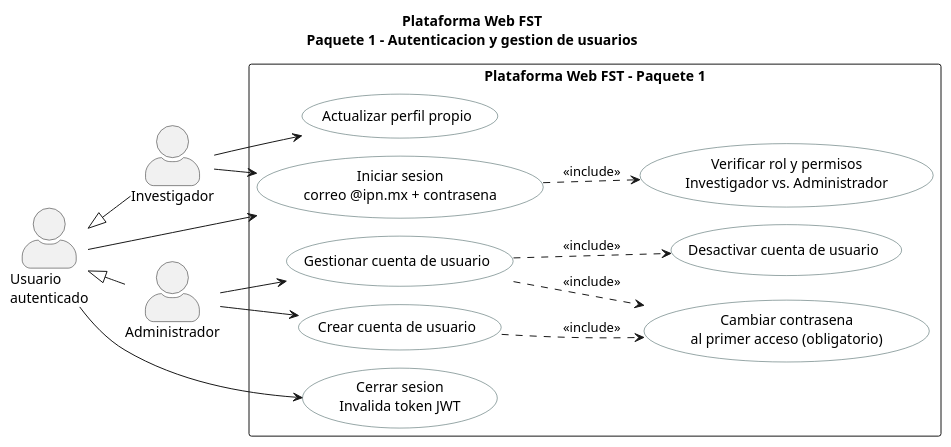
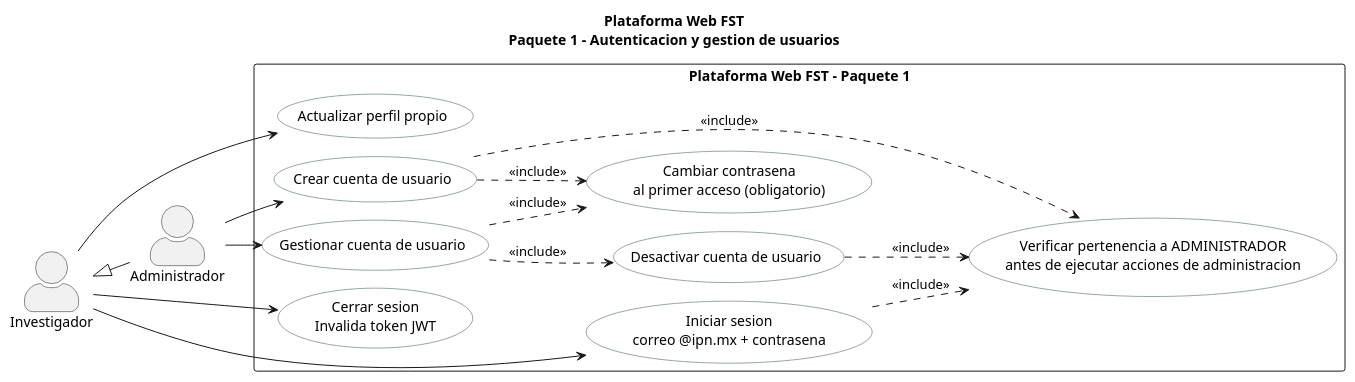
The diagram in diagramas/puml/cu_paquete1.puml (ErickJester/fst-ai-system-latex), drawn with PlantUML before and after one commit. The commit also changed 7 other files, not shown here.

First line of the commit message:
Corregir los 6 diagramas de casos de uso y sus textos contra el modelo vigente

```diff
--- a/diagramas/puml/cu_paquete1.puml
+++ b/diagramas/puml/cu_paquete1.puml
@@ -1,36 +1,35 @@
 @startuml
 !pragma layout smetana
 title Plataforma Web FST\nPaquete 1 - Autenticacion y gestion de usuarios
 left to right direction
 skinparam packageStyle rectangle
 skinparam actorStyle awesome
 skinparam usecase {
   BackgroundColor White
   BorderColor DarkSlateGray
 }
-actor "Usuario\nautenticado" as UA
 actor "Investigador" as INV
 actor "Administrador" as ADMIN
-UA <|-- INV
-UA <|-- ADMIN
+INV <|-- ADMIN
 rectangle "Plataforma Web FST - Paquete 1" {
   usecase "Iniciar sesion\ncorreo @ipn.mx + contrasena" as UC11
   usecase "Cerrar sesion\nInvalida token JWT" as UC12
-  usecase "Verificar rol y permisos\nInvestigador vs. Administrador" as UC14
+  usecase "Verificar pertenencia a ADMINISTRADOR\nantes de ejecutar acciones de administracion" as UC14
   usecase "Gestionar cuenta de usuario" as UC15
   usecase "Cambiar contrasena\nal primer acceso (obligatorio)" as UC15a
   usecase "Desactivar cuenta de usuario" as UC15b
   usecase "Actualizar perfil propio" as UC16
   usecase "Crear cuenta de usuario" as UC17
 }
-UA --> UC11
-UA --> UC12
 INV --> UC11
+INV --> UC12
 INV --> UC16
 ADMIN --> UC15
 ADMIN --> UC17
+UC17 ..> UC14 : <<include>>
+UC15b ..> UC14 : <<include>>
 UC11 ..> UC14 : <<include>>
 UC15 ..> UC15a : <<include>>
 UC15 ..> UC15b : <<include>>
 UC17 ..> UC15a : <<include>>
 @enduml
```
